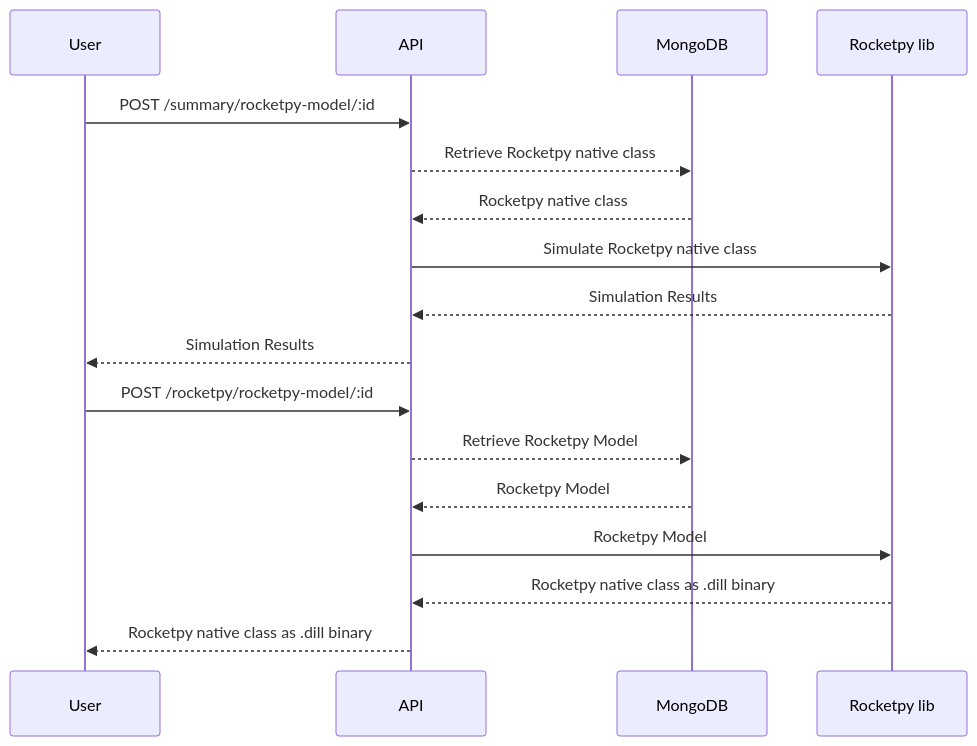
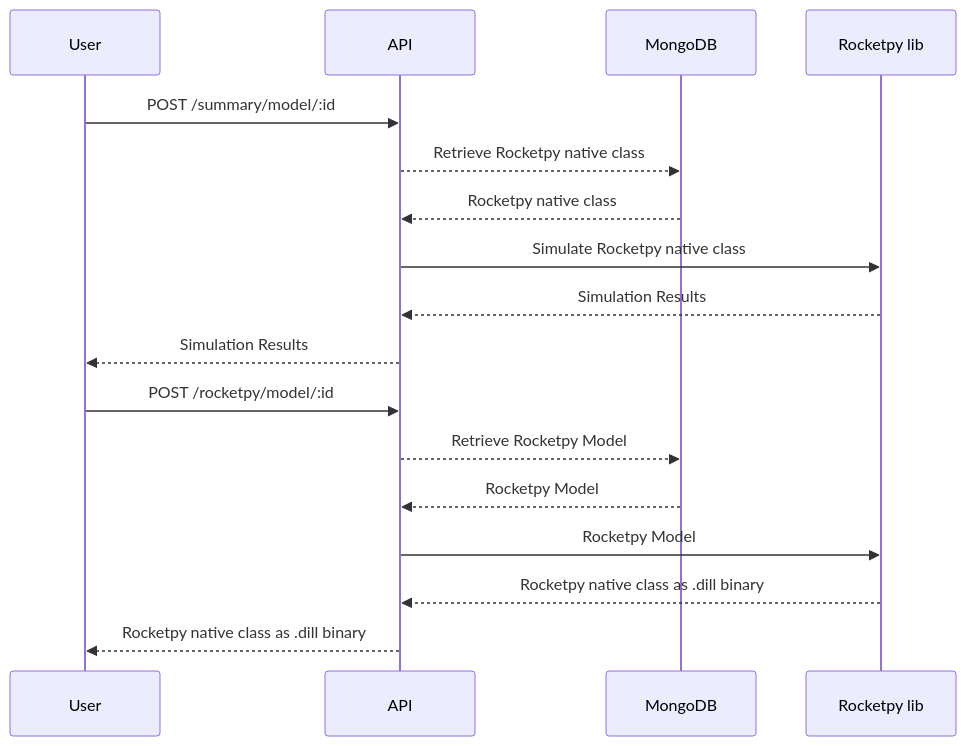
One commit to RocketPy-Team/Infinity-API changed the second of 2 diagrams in README.md. Above: the diagram before and after it, drawn with Mermaid.

````diff
--- a/README.md
+++ b/README.md
@@ -162,21 +162,21 @@
 ```mermaid
 sequenceDiagram
     participant User
     participant API
     participant MongoDB
     participant Rocketpy lib
 
-    User ->> API: POST /summary/rocketpy-model/:id
+    User ->> API: POST /summary/model/:id
     API -->> MongoDB: Retrieve Rocketpy native class
     MongoDB -->> API: Rocketpy native class
     API ->> Rocketpy lib: Simulate Rocketpy native class
     Rocketpy lib -->> API:  Simulation Results
     API -->> User: Simulation Results
 
-    User ->> API: POST /rocketpy/rocketpy-model/:id
+    User ->> API: POST /rocketpy/model/:id
     API -->> MongoDB: Retrieve Rocketpy Model
     MongoDB -->> API: Rocketpy Model
     API ->> Rocketpy lib: Rocketpy Model
     Rocketpy lib -->> API:  Rocketpy native class as .dill binary
     API -->> User: Rocketpy native class as .dill binary
 ```
````
